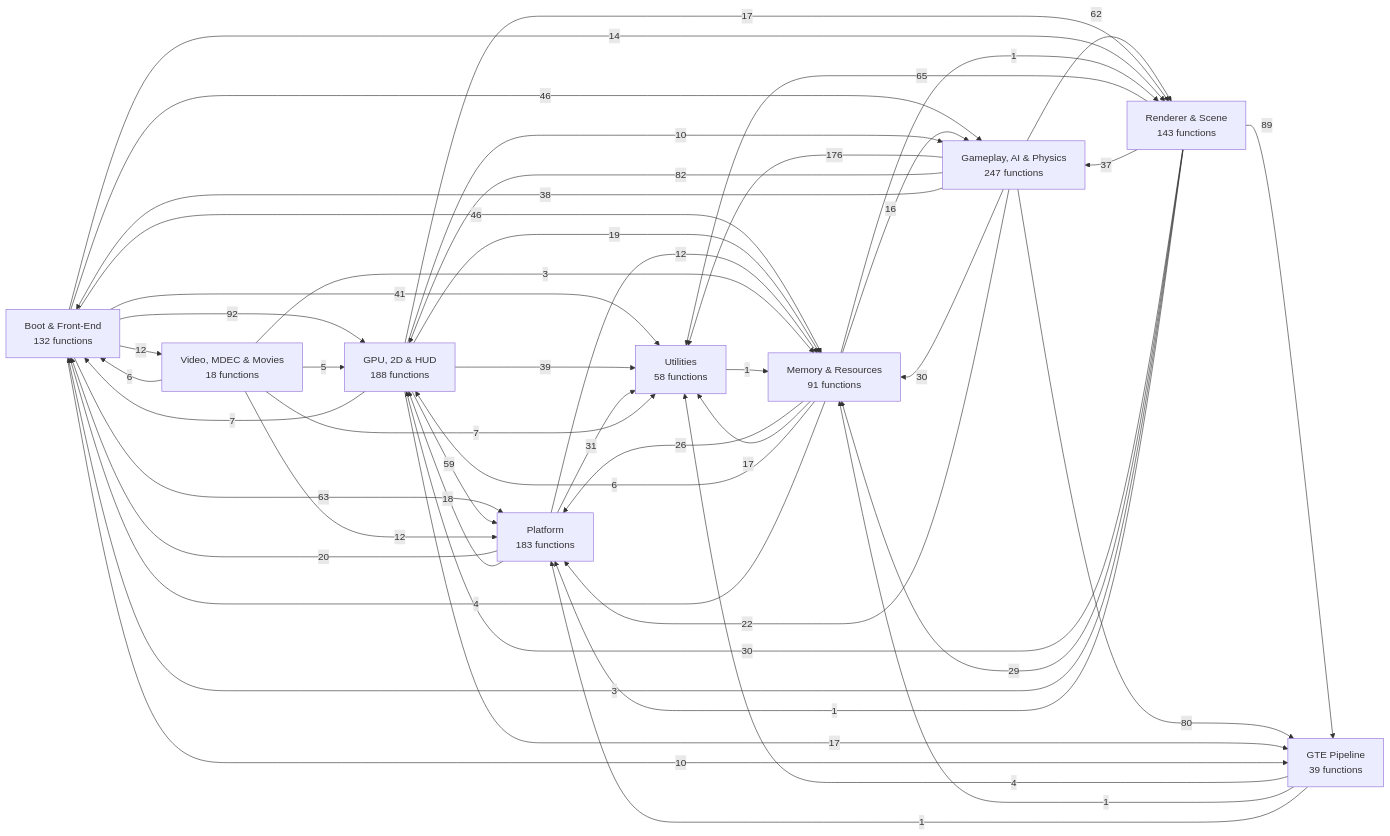
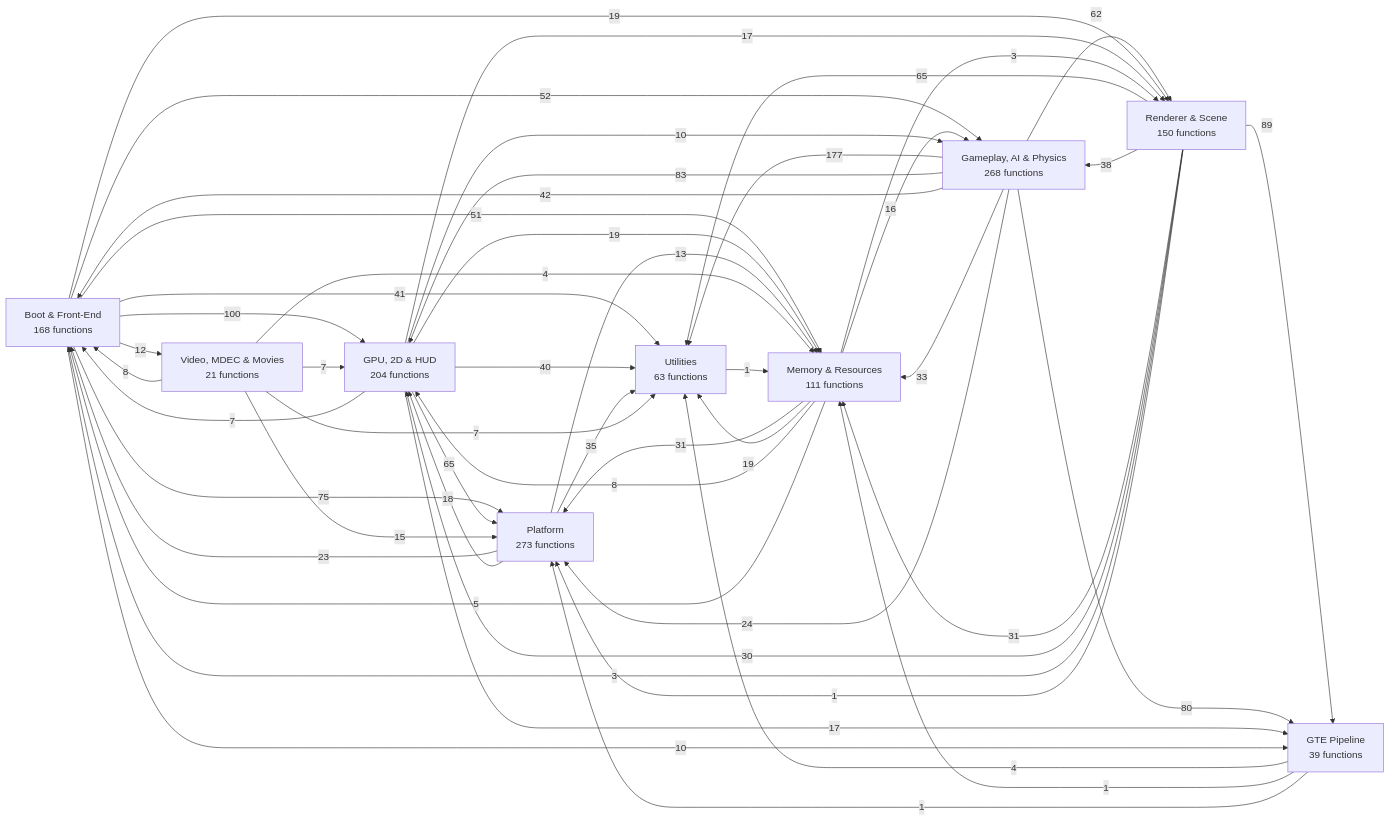
Before and after one commit to kai-luni/Future-Cop-L.A.P.D-PS1: the first of 11 diagrams in docs/FUNCTION_MAP.md, drawn with Mermaid. The commit also changed other lines of this file, not shown here.

````diff
--- a/docs/FUNCTION_MAP.md
+++ b/docs/FUNCTION_MAP.md
@@ -13,60 +13,60 @@
 ```mermaid
 graph LR
-    g0["Boot & Front-End<br/>132 functions"]
-    g1["Memory & Resources<br/>91 functions"]
-    g2["Video, MDEC & Movies<br/>18 functions"]
+    g0["Boot & Front-End<br/>168 functions"]
+    g1["Memory & Resources<br/>111 functions"]
+    g2["Video, MDEC & Movies<br/>21 functions"]
     g3["GTE Pipeline<br/>39 functions"]
-    g4["Renderer & Scene<br/>143 functions"]
-    g5["GPU, 2D & HUD<br/>188 functions"]
-    g6["Gameplay, AI & Physics<br/>247 functions"]
-    g7["Platform<br/>183 functions"]
-    g8["Utilities<br/>58 functions"]
-    g6 -->|176| g8
-    g0 -->|92| g5
+    g4["Renderer & Scene<br/>150 functions"]
+    g5["GPU, 2D & HUD<br/>204 functions"]
+    g6["Gameplay, AI & Physics<br/>268 functions"]
+    g7["Platform<br/>273 functions"]
+    g8["Utilities<br/>63 functions"]
+    g6 -->|177| g8
+    g0 -->|100| g5
     g4 -->|89| g3
-    g6 -->|82| g5
+    g6 -->|83| g5
     g6 -->|80| g3
+    g0 -->|75| g7
+    g5 -->|65| g7
     g4 -->|65| g8
-    g0 -->|63| g7
     g6 -->|62| g4
-    g5 -->|59| g7
-    g0 -->|46| g6
-    g0 -->|46| g1
+    g0 -->|52| g6
+    g0 -->|51| g1
+    g6 -->|42| g0
     g0 -->|41| g8
-    g5 -->|39| g8
-    g6 -->|38| g0
-    g4 -->|37| g6
-    g7 -->|31| g8
-    g6 -->|30| g1
+    g5 -->|40| g8
+    g4 -->|38| g6
+    g7 -->|35| g8
+    g6 -->|33| g1
+    g1 -->|31| g7
+    g4 -->|31| g1
     g4 -->|30| g5
-    g4 -->|29| g1
-    g1 -->|26| g7
-    g6 -->|22| g7
-    g7 -->|20| g0
+    g6 -->|24| g7
+    g7 -->|23| g0
+    g0 -->|19| g4
     g5 -->|19| g1
+    g1 -->|19| g8
     g7 -->|18| g5
     g5 -->|17| g3
     g5 -->|17| g4
-    g1 -->|17| g8
     g1 -->|16| g6
-    g0 -->|14| g4
+    g2 -->|15| g7
+    g7 -->|13| g1
     g0 -->|12| g2
-    g7 -->|12| g1
-    g2 -->|12| g7
     g0 -->|10| g3
     g5 -->|10| g6
+    g1 -->|8| g5
+    g2 -->|8| g0
     g5 -->|7| g0
+    g2 -->|7| g5
     g2 -->|7| g8
-    g1 -->|6| g5
-    g2 -->|6| g0
-    g2 -->|5| g5
+    g1 -->|5| g0
     g3 -->|4| g8
-    g1 -->|4| g0
+    g2 -->|4| g1
+    g1 -->|3| g4
     g4 -->|3| g0
-    g2 -->|3| g1
     g3 -->|1| g1
     g3 -->|1| g7
-    g1 -->|1| g4
     g4 -->|1| g7
     g8 -->|1| g1
 ```
````
